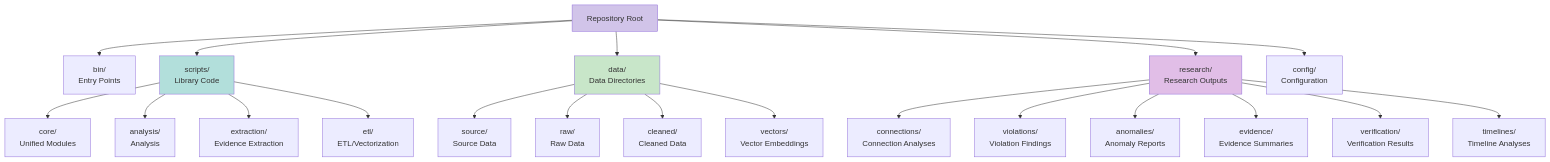
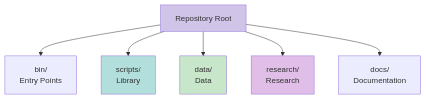
Before and after one commit to 1digitaldesign/kettler-data-analysis: the diagram in docs/ORGANIZATION.md, drawn with Mermaid. The commit also changed other lines of this file and 2 other files, not shown here.

First line of the commit message:
Remove duplicate ARCHITECTURE.md and enhance remaining docs

````diff
--- a/docs/ORGANIZATION.md
+++ b/docs/ORGANIZATION.md
@@ -5,30 +8,13 @@
 ```mermaid
 graph TB
     ROOT[Repository Root] --> BIN[bin/<br/>Entry Points]
-    ROOT --> SCRIPTS[scripts/<br/>Library Code]
-    ROOT --> DATA[data/<br/>Data Directories]
-    ROOT --> RESEARCH[research/<br/>Research Outputs]
-    ROOT --> CONFIG[config/<br/>Configuration]
-
-    SCRIPTS --> CORE[core/<br/>Unified Modules]
-    SCRIPTS --> ANALYSIS[analysis/<br/>Analysis]
-    SCRIPTS --> EXTRACTION[extraction/<br/>Evidence Extraction]
-    SCRIPTS --> ETL[etl/<br/>ETL/Vectorization]
-
-    DATA --> SOURCE[source/<br/>Source Data]
-    DATA --> RAW[raw/<br/>Raw Data]
-    DATA --> CLEANED[cleaned/<br/>Cleaned Data]
-    DATA --> VECTORS[vectors/<br/>Vector Embeddings]
-
-    RESEARCH --> CONNECTIONS[connections/<br/>Connection Analyses]
-    RESEARCH --> VIOLATIONS[violations/<br/>Violation Findings]
-    RESEARCH --> ANOMALIES[anomalies/<br/>Anomaly Reports]
-    RESEARCH --> EVIDENCE[evidence/<br/>Evidence Summaries]
-    RESEARCH --> VERIFICATION[verification/<br/>Verification Results]
-    RESEARCH --> TIMELINES[timelines/<br/>Timeline Analyses]
+    ROOT --> SCRIPTS[scripts/<br/>Library]
+    ROOT --> DATA[data/<br/>Data]
+    ROOT --> RESEARCH[research/<br/>Research]
+    ROOT --> DOCS[docs/<br/>Documentation]
 
     style ROOT fill:#D1C4E9
     style DATA fill:#C8E6C9
     style RESEARCH fill:#E1BEE7
     style SCRIPTS fill:#B2DFDB
 ```
````
